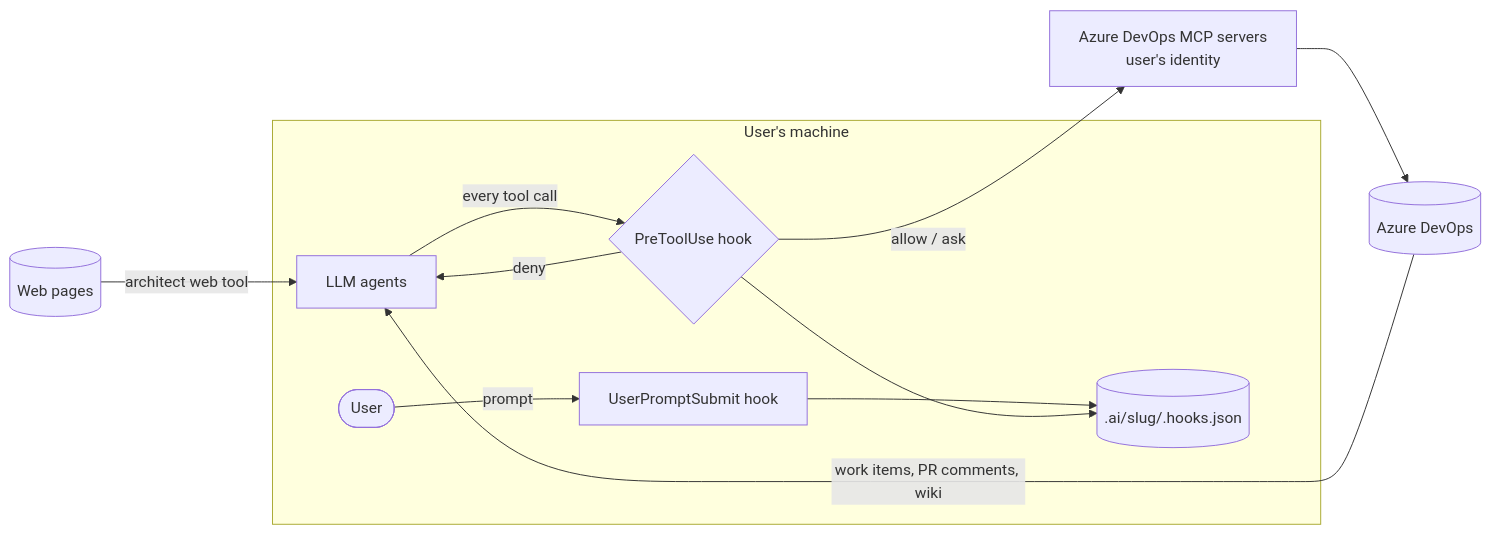
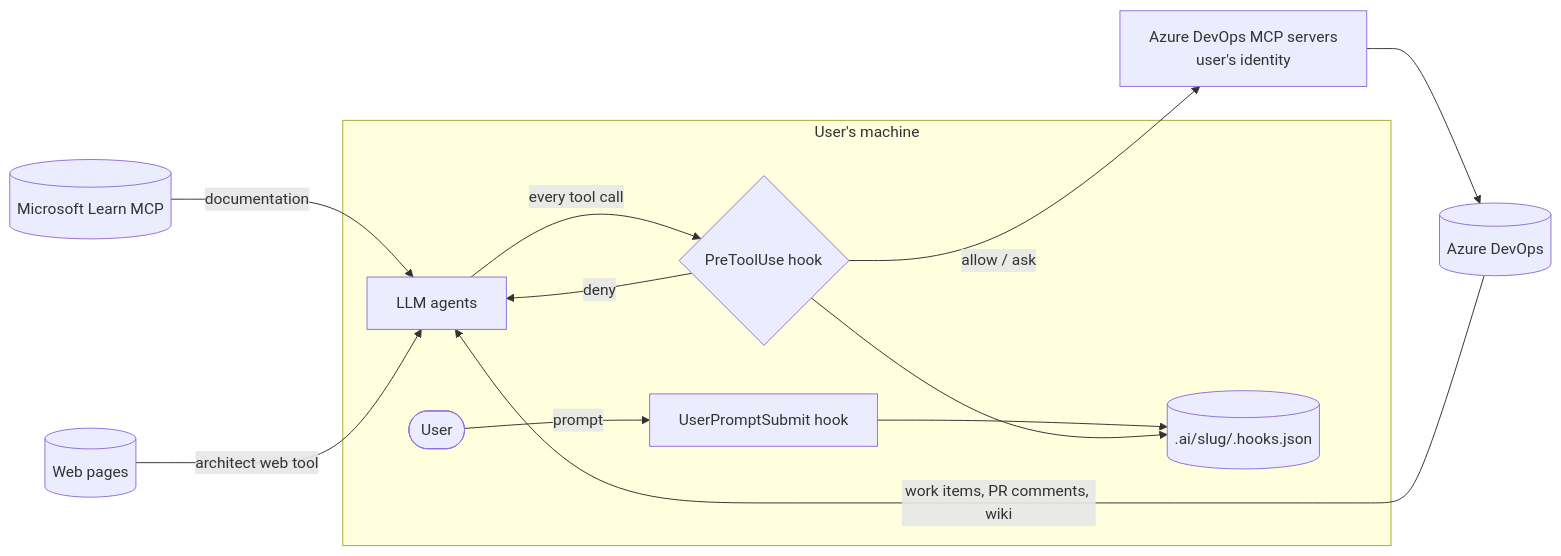
The diagram in docs/architecture/security.md (Antonin-Artaud/ai-driven-dev-harness), drawn with Mermaid before and after one commit. The commit also changed other lines of this file and 58 other files, not shown here.

````diff
--- a/docs/architecture/security.md
+++ b/docs/architecture/security.md
@@ -39,14 +39,15 @@
 ```mermaid
 flowchart LR
   subgraph local[User's machine]
     agent[LLM agents] -->|every tool call| hook{PreToolUse hook}
     user([User]) -->|prompt| up[UserPromptSubmit hook]
     up --> hs[(.ai/slug/.hooks.json)]
     hook --> hs
   end
   hook -->|allow / ask| mcp[Azure DevOps MCP servers<br/>user's identity]
   hook -->|deny| agent
   mcp --> ado[(Azure DevOps)]
   ado -->|work items, PR comments, wiki| agent
+  learn[(Microsoft Learn MCP)] -->|documentation| agent
   web[(Web pages)] -->|architect web tool| agent
 ```
````
